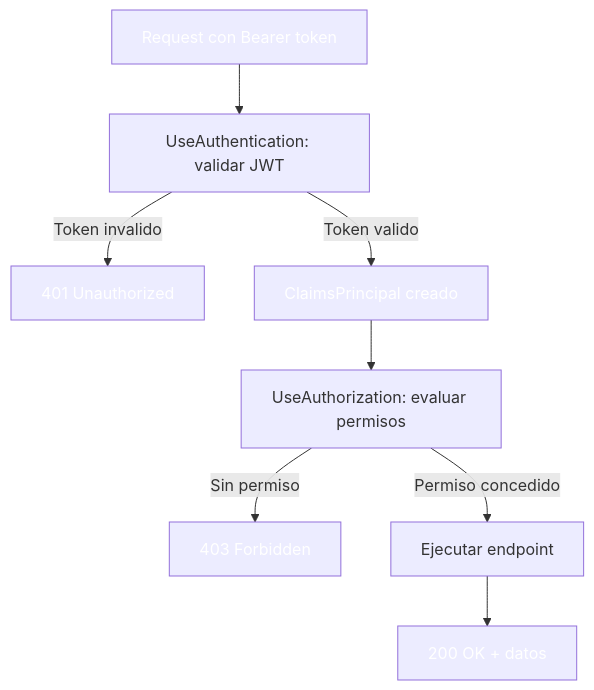
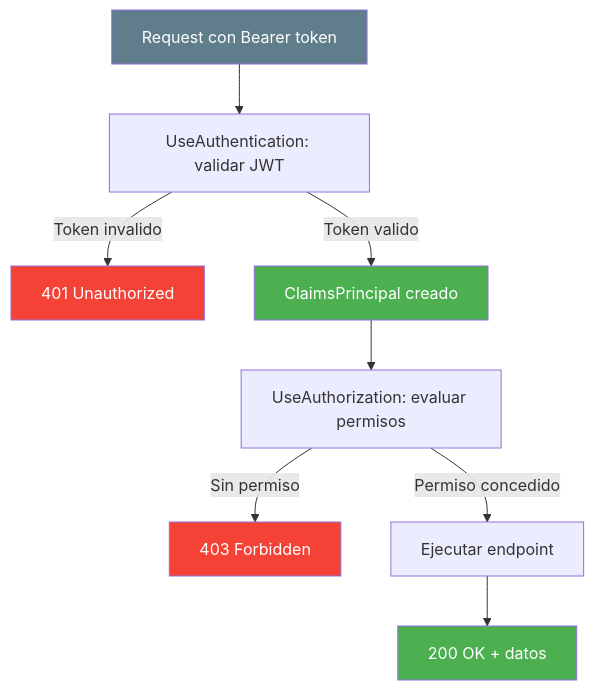
Before and after one commit to joseluisgs/DesarrolloWebEntornosServidor-02-2026-2027: the second of 14 diagrams in 17-autorizacion.md, drawn with Mermaid. The commit also changed other lines of this file and 29 other files, not shown here.

Commit message:
docs: corregir estilos Mermaid y estilo, quitar referencias a la Tienda y reestructurar los retos 13 y 15

````diff
--- a/17-autorizacion.md
+++ b/17-autorizacion.md
@@ -97,16 +97,16 @@
 ```mermaid
 flowchart TD
     A["Request con Bearer token"] --> B["UseAuthentication: validar JWT"]
     B -->|Token invalido| C["401 Unauthorized"]
     B -->|Token valido| D["ClaimsPrincipal creado"]
     D --> E["UseAuthorization: evaluar permisos"]
     E -->|Sin permiso| F["403 Forbidden"]
     E -->|Permiso concedido| G["Ejecutar endpoint"]
     G --> H["200 OK + datos"]
 
-    style A fill:#607D8,color:#fffB,color:#fff
-    style C fill:#f4433,color:#fff6,color:#fff
-    style D fill:#4CAF5,color:#fff0,color:#fff
-    style F fill:#f4433,color:#fff6,color:#fff
-    style H fill:#4CAF5,color:#fff0,color:#fff
+    style A fill:#607D8B,color:#fff
+    style C fill:#f44336,color:#fff
+    style D fill:#4CAF50,color:#fff
+    style F fill:#f44336,color:#fff
+    style H fill:#4CAF50,color:#fff
 ```
````
